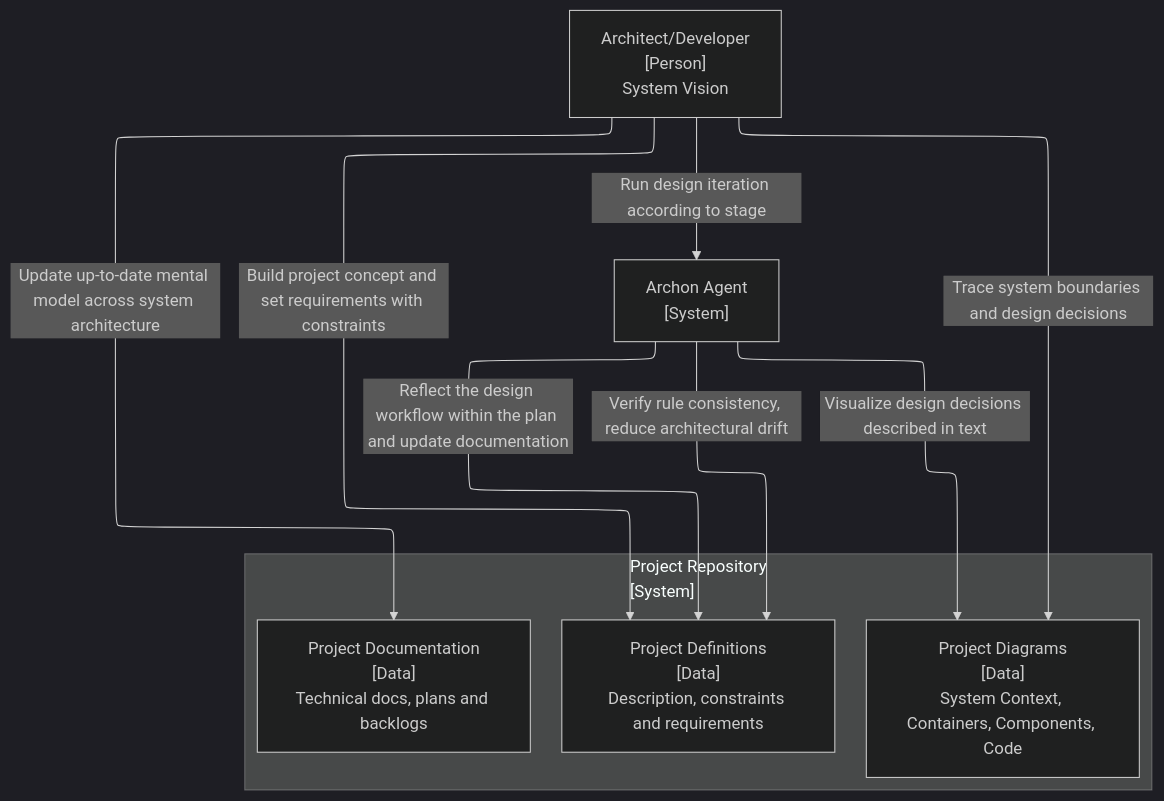
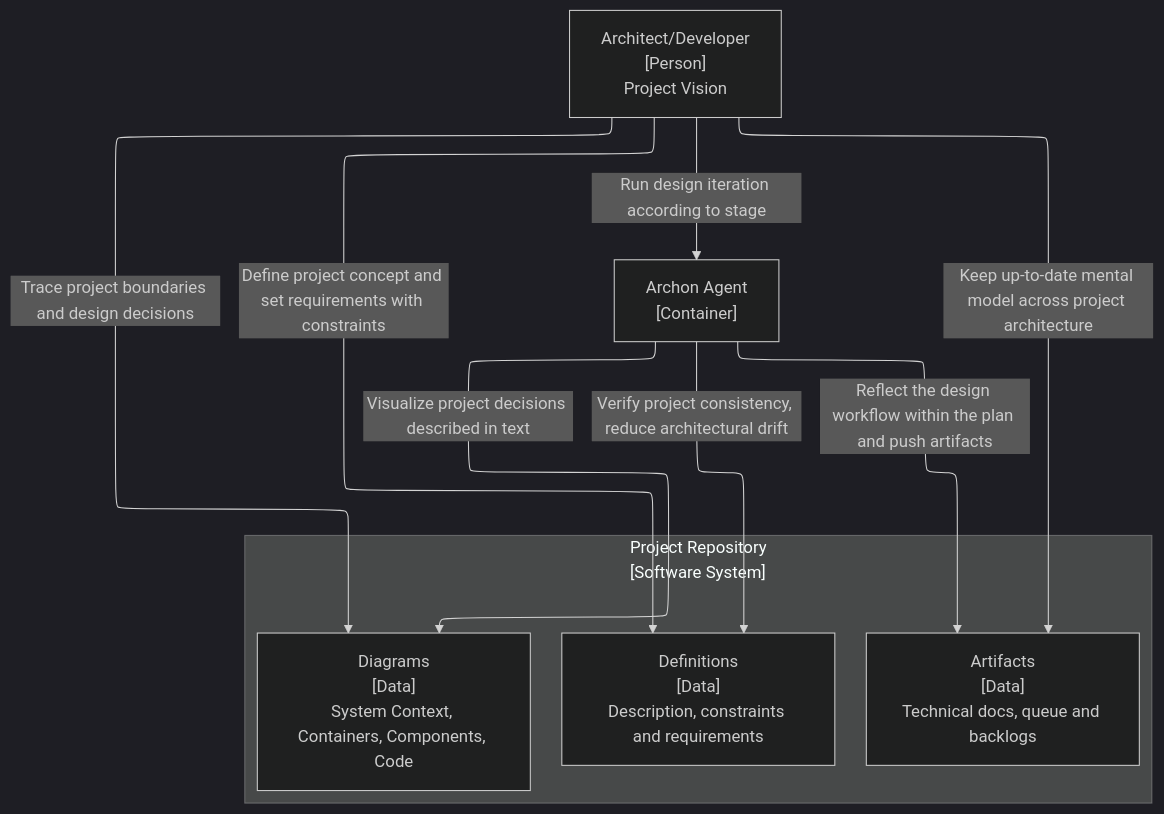
Before and after one commit to kompotkot/archon: the diagram in docs/diagrams/context/cntx.mermaid, drawn with Mermaid. The commit also changed 6 other files, not shown here.

Commit message:
Project description and agents flow

```diff
--- a/docs/diagrams/context/cntx.mermaid
+++ b/docs/diagrams/context/cntx.mermaid
@@ -1,18 +1,18 @@
 ---
 config:
   theme: dark
   layout: elk
 ---
 flowchart TB
- subgraph repo["Project Repository<br>[System]"]
-   definitions["Project Definitions<br>[Data]<br>Description, constraints and requirements"]
-   docs["Project Documentation<br>[Data]<br>Technical docs, plans and backlogs"]
-   diagrams["Project Diagrams<br>[Data]<br>System Context, Containers, Components, Code"]
+ subgraph repo["Project Repository<br>[Software System]"]
+        definitions["Definitions<br>[Data]<br>Description, constraints and requirements"]
+        artifacts["Artifacts<br>[Data]<br>Technical docs, queue and backlogs"]
+        diagrams["Diagrams<br>[Data]<br>System Context, Containers, Components, Code"]
   end
-  archon_agent["Archon Agent<br>[System]"] -- Visualize design decisions described in text --> diagrams
-  archon_agent -- Verify rule consistency, reduce architectural drift --> definitions
-  archon_agent -- Reflect the design workflow within the plan and update documentation --> definitions
-  architect["Architect/Developer<br>[Person]<br>System Vision"] -- Run design iteration according to stage --> archon_agent
-  architect -- Build project concept and set requirements with constraints --> definitions
-  architect -- "Update up-to-date mental model across system architecture" --> docs
-  architect -- Trace system boundaries and design decisions --> diagrams
+    archon_agent["Archon Agent<br>[Container]"] -- Visualize project decisions described in text --> diagrams
+    archon_agent -- Verify project consistency, reduce architectural drift --> definitions
+    archon_agent -- Reflect the design workflow within the plan and push artifacts --> artifacts
+    architect["Architect/Developer<br>[Person]<br>Project Vision"] -- Run design iteration according to stage --> archon_agent
+    architect -- Define project concept and set requirements with constraints --> definitions
+    architect -- "Keep up-to-date mental model across project architecture" --> artifacts
+    architect -- Trace project boundaries and design decisions --> diagrams
```
